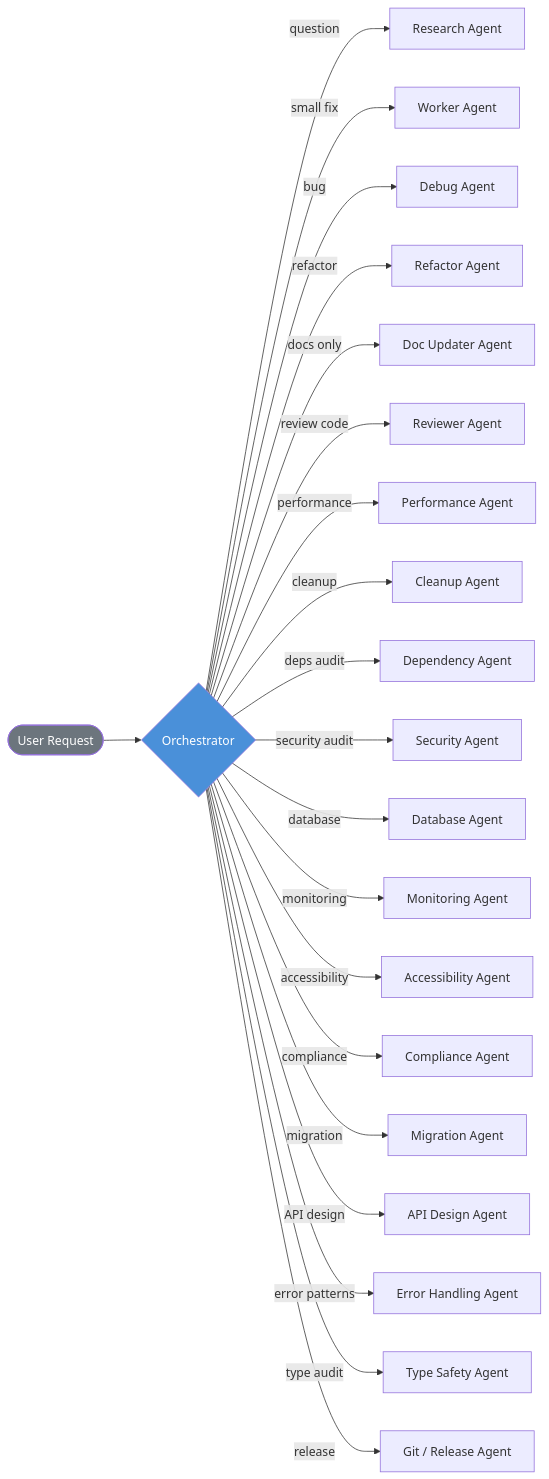
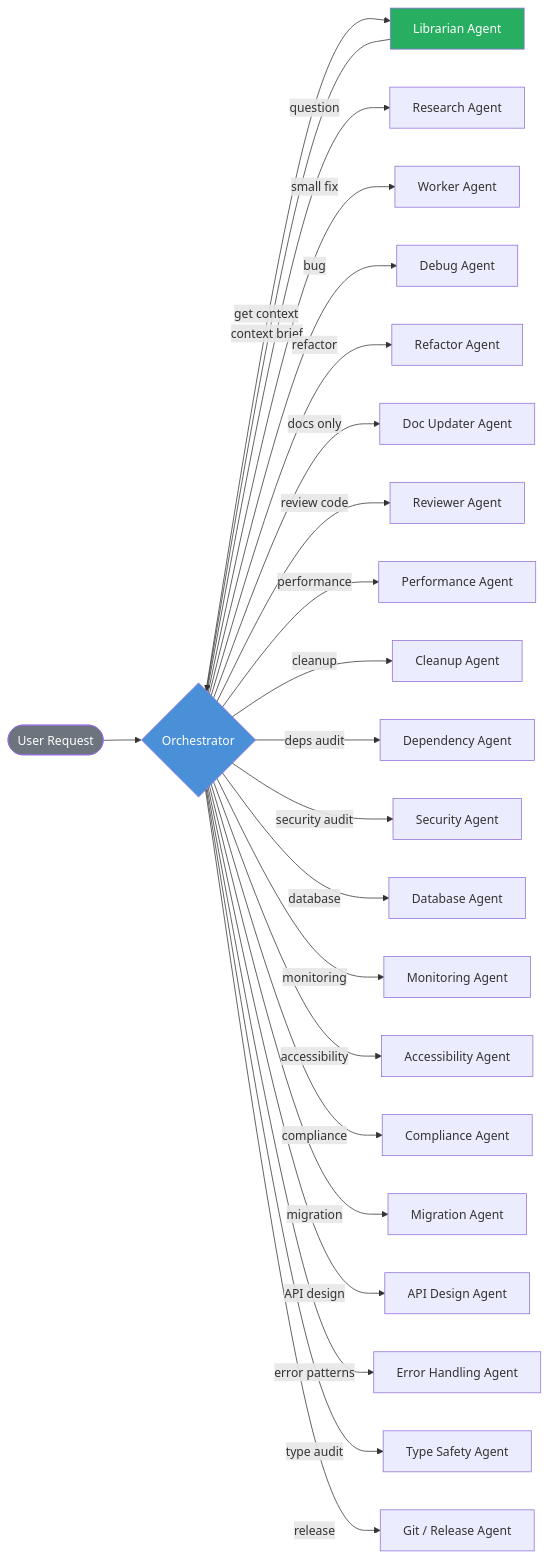
One commit to Doumajnik/template changed the third of 4 diagrams in AGENTS.md. Above: the diagram before and after it, drawn with Mermaid. The commit also changed other lines of this file and 34 other files, not shown here.

````diff
--- a/AGENTS.md
+++ b/AGENTS.md
@@ -122,26 +132,29 @@
 ```mermaid
 flowchart LR
     U([User Request]) --> O{Orchestrator}
+    O -->|get context| LIB[Librarian Agent]
+    LIB -->|context brief| O
     O -->|question| RS[Research Agent]
     O -->|small fix| W[Worker Agent]
     O -->|bug| DB[Debug Agent]
     O -->|refactor| RF[Refactor Agent]
     O -->|docs only| DU[Doc Updater Agent]
     O -->|review code| RV[Reviewer Agent]
     O -->|performance| PF[Performance Agent]
     O -->|cleanup| CL[Cleanup Agent]
     O -->|deps audit| DP[Dependency Agent]
     O -->|security audit| SEC[Security Agent]
     O -->|database| DBA[Database Agent]
     O -->|monitoring| MN[Monitoring Agent]
     O -->|accessibility| AC[Accessibility Agent]
     O -->|compliance| CM[Compliance Agent]
     O -->|migration| MG[Migration Agent]
     O -->|API design| AD[API Design Agent]
     O -->|error patterns| EH[Error Handling Agent]
     O -->|type audit| TS[Type Safety Agent]
     O -->|release| GR[Git / Release Agent]
 
     style O fill:#4a90d9,color:#fff
     style U fill:#6c757d,color:#fff
+    style LIB fill:#27ae60,color:#fff
 ```
````
